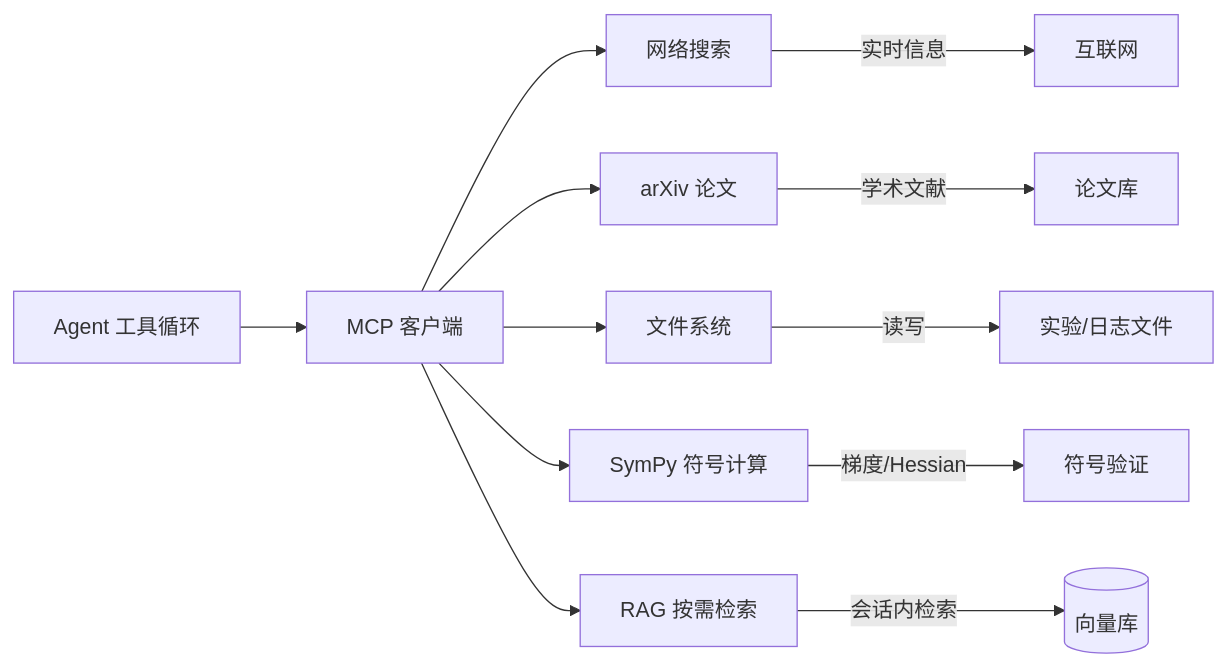
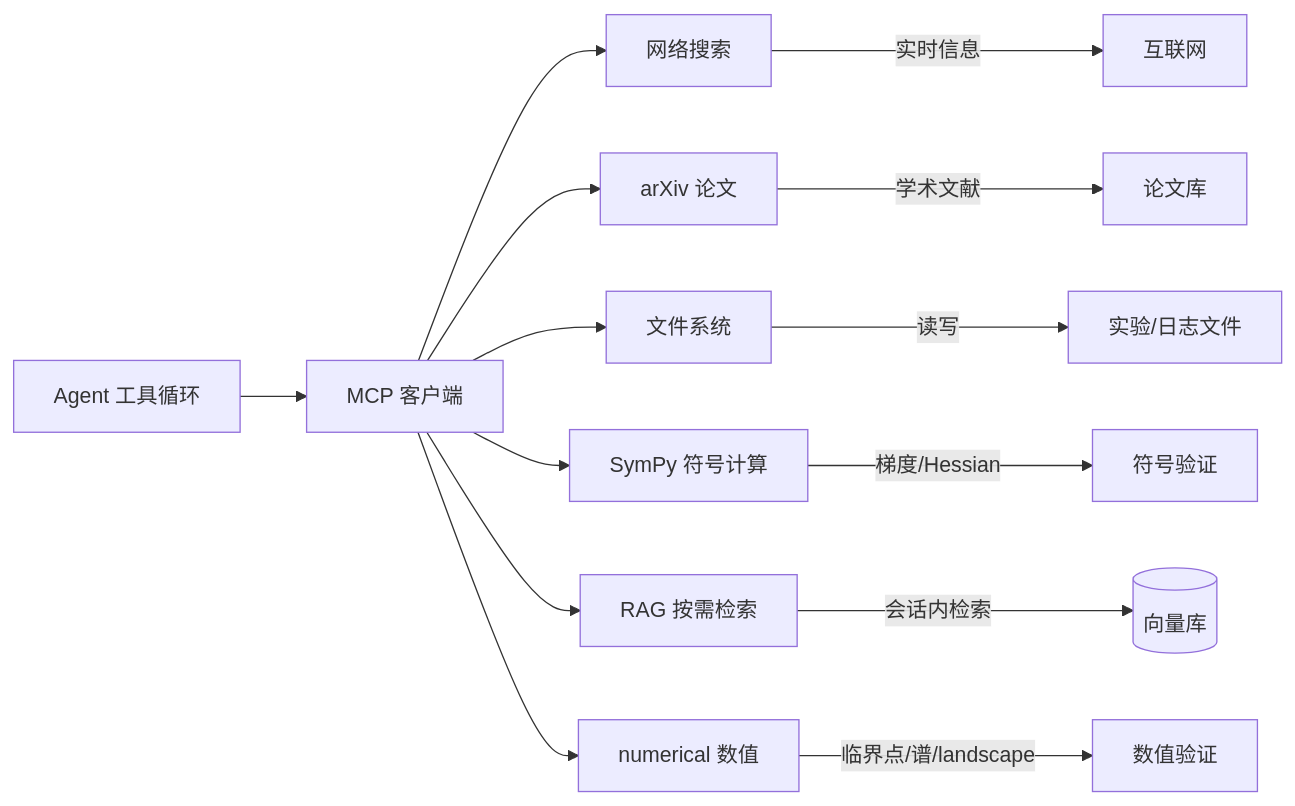
One commit to Qiming124/ai4s-research-agent changed the fifth of 11 diagrams in doc/SYSTEM_ARCHITECTURE.md. Above: the diagram before and after it, drawn with Mermaid. The commit also changed other lines of this file and 20 other files, not shown here.

````diff
--- a/doc/SYSTEM_ARCHITECTURE.md
+++ b/doc/SYSTEM_ARCHITECTURE.md
@@ -218,16 +224,18 @@
 ```mermaid
 flowchart LR
   Agent[Agent 工具循环] --> MCPClient[MCP 客户端]
 
   MCPClient --> WS[网络搜索]
   MCPClient --> ARXIV[arXiv 论文]
   MCPClient --> FS[文件系统]
   MCPClient --> SYMPY[SymPy 符号计算]
   MCPClient --> RAGMCP[RAG 按需检索]
+  MCPClient --> NUM[numerical 数值]
 
   WS -->|实时信息| Web[互联网]
   ARXIV -->|学术文献| Papers[论文库]
   FS -->|读写| DataFiles[实验/日志文件]
   SYMPY -->|梯度/Hessian| Math[符号验证]
   RAGMCP -->|会话内检索| ChromaDB[(向量库)]
+  NUM -->|临界点/谱/landscape| NumPy[数值验证]
 ```
````
